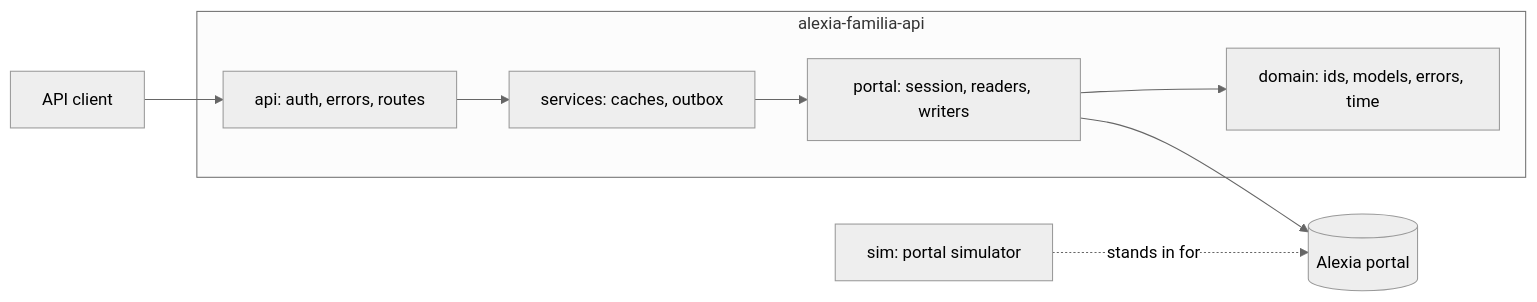
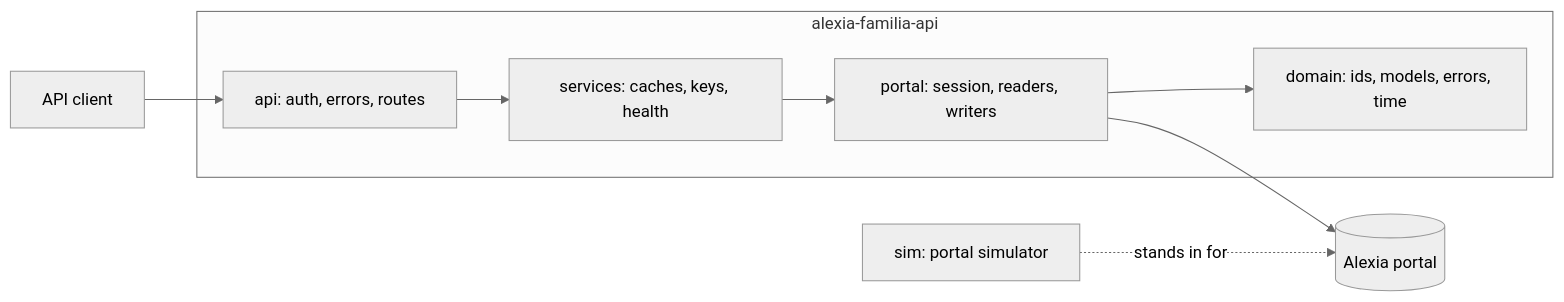
Before and after one commit to GlitchInstitute/alexia-familia-api: the first of 3 diagrams in docs/design.md, drawn with Mermaid (neutral theme). The commit also changed other lines of this file and 17 other files, not shown here.

````diff
--- a/docs/design.md
+++ b/docs/design.md
@@ -46,11 +62,11 @@
 ```mermaid
 flowchart LR
     client[API client] --> api
     subgraph server [alexia-familia-api]
-        api[api: auth, errors, routes] --> services[services: caches, outbox]
+        api[api: auth, errors, routes] --> services[services: caches, keys, health]
         services --> portal[portal: session, readers, writers]
         portal --> domain[domain: ids, models, errors, time]
     end
     portal --> alexia[(Alexia portal)]
     sim[sim: portal simulator] -. stands in for .-> alexia
 ```
````
